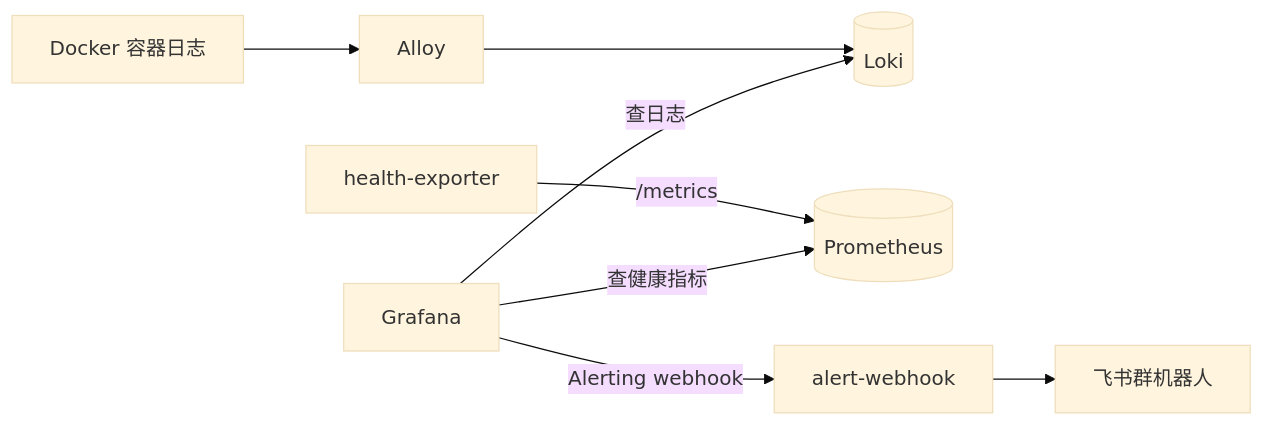
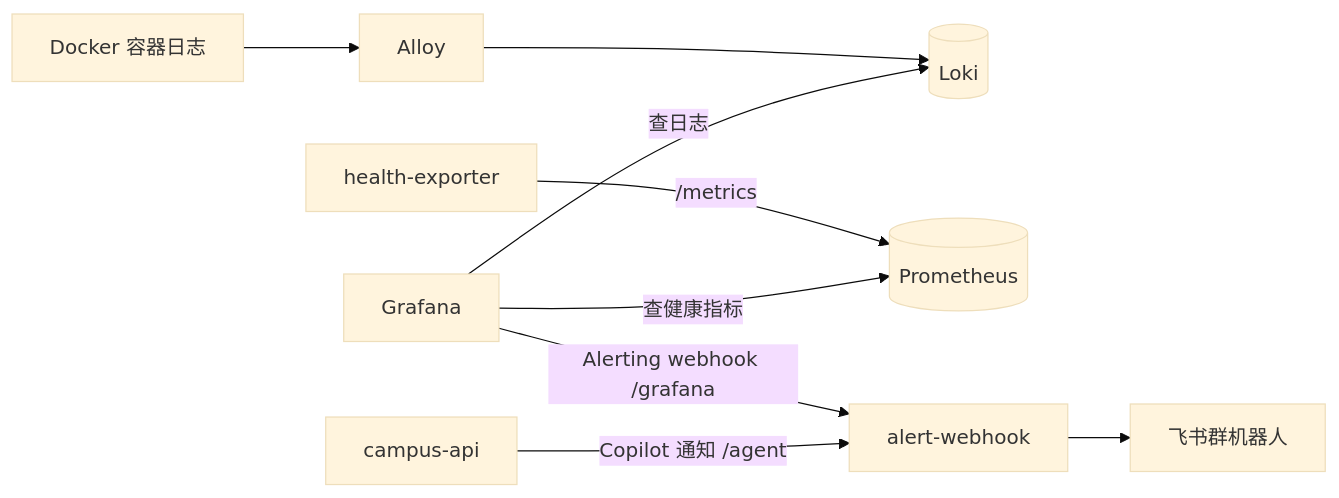
One commit to tangfire/lehu-video changed the diagram in docs/observability-alerting.md. Above: the diagram before and after it, drawn with Mermaid (base theme). The commit also changed other lines of this file and 16 other files, not shown here.

````diff
--- a/docs/observability-alerting.md
+++ b/docs/observability-alerting.md
@@ -9,12 +9,13 @@
 ```mermaid
 flowchart LR
     Docker[Docker 容器日志] --> Alloy[Alloy]
     Alloy --> Loki[(Loki)]
     Grafana[Grafana] -->|查日志| Loki
 
     Health[health-exporter] -->|/metrics| Prometheus[(Prometheus)]
     Grafana -->|查健康指标| Prometheus
 
-    Grafana -->|Alerting webhook| Alert[alert-webhook]
+    Grafana -->|Alerting webhook /grafana| Alert[alert-webhook]
+    API[campus-api] -->|Copilot 通知 /agent| Alert
     Alert --> Feishu[飞书群机器人]
 ```
````
